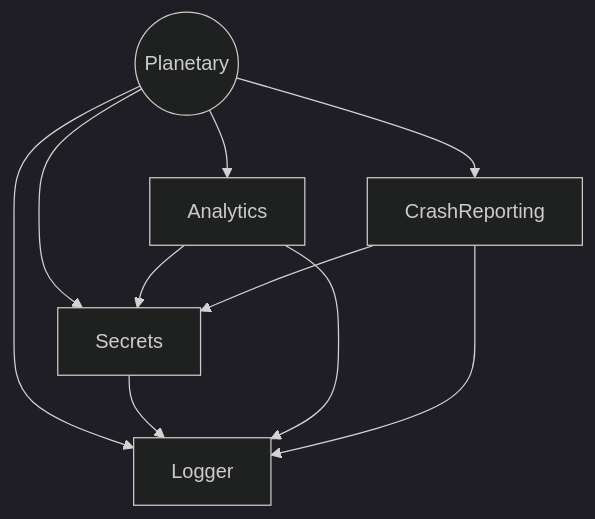
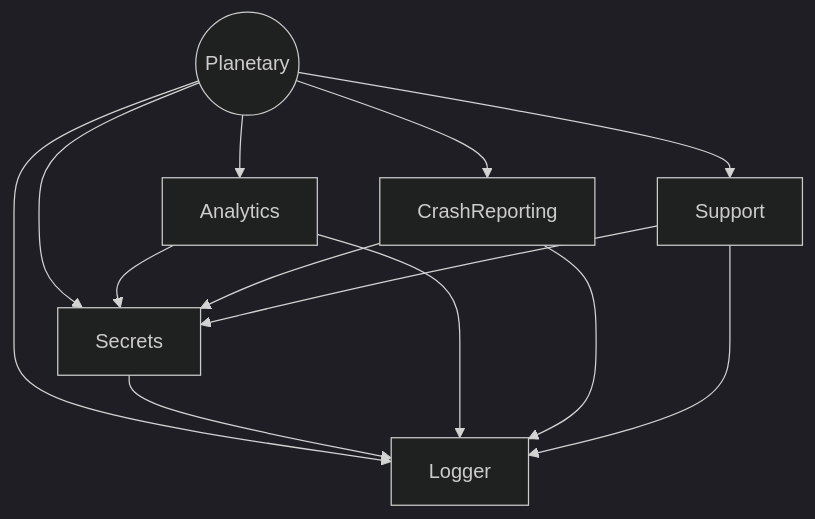
The diagram in CONTRIBUTING.md (planetary-social/planetary-ios), drawn with Mermaid (dark theme) before and after one commit. The commit also changed other lines of this file, not shown here.

````diff
--- a/CONTRIBUTING.md
+++ b/CONTRIBUTING.md
@@ -13,13 +92,16 @@
 ```mermaid
 graph TD
   Planetary((Planetary))
   Planetary-->Logger
   Planetary-->Secrets
   Planetary-->Analytics
   Planetary-->CrashReporting
+  Planetary-->Support
   Secrets-->Logger
   Analytics-->Logger
   Analytics-->Secrets
   CrashReporting-->Logger
   CrashReporting-->Secrets
+  Support-->Logger
+  Support-->Secrets
 ```
````
